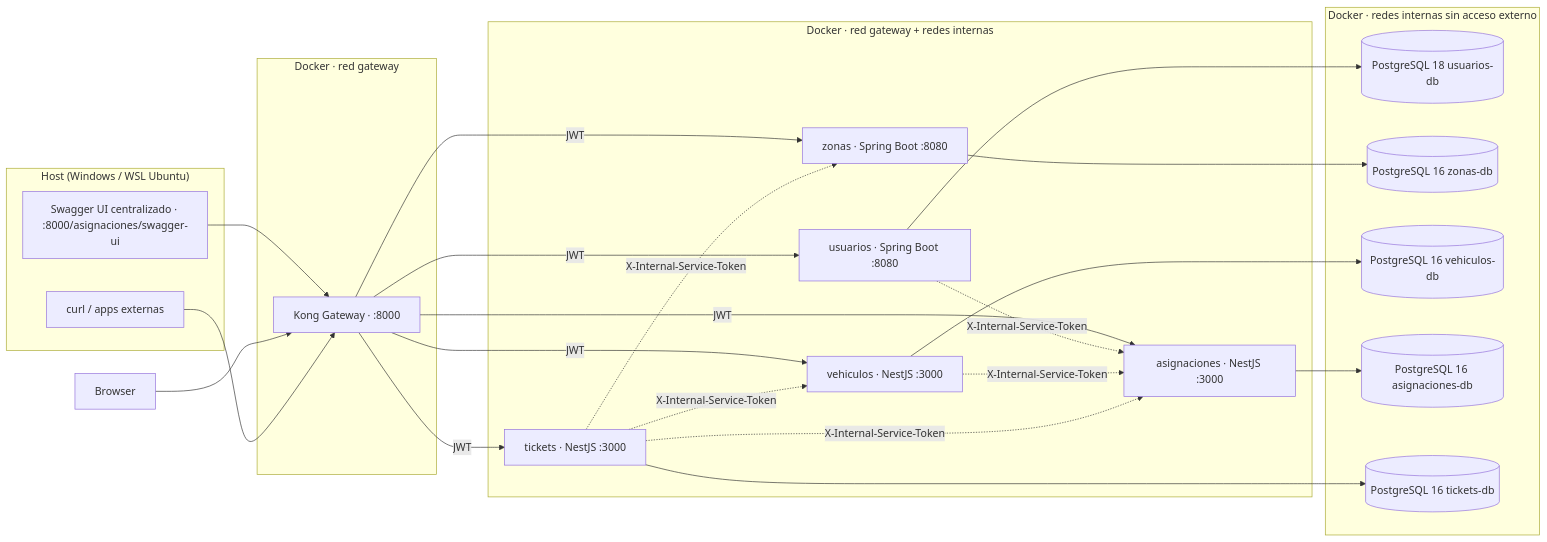
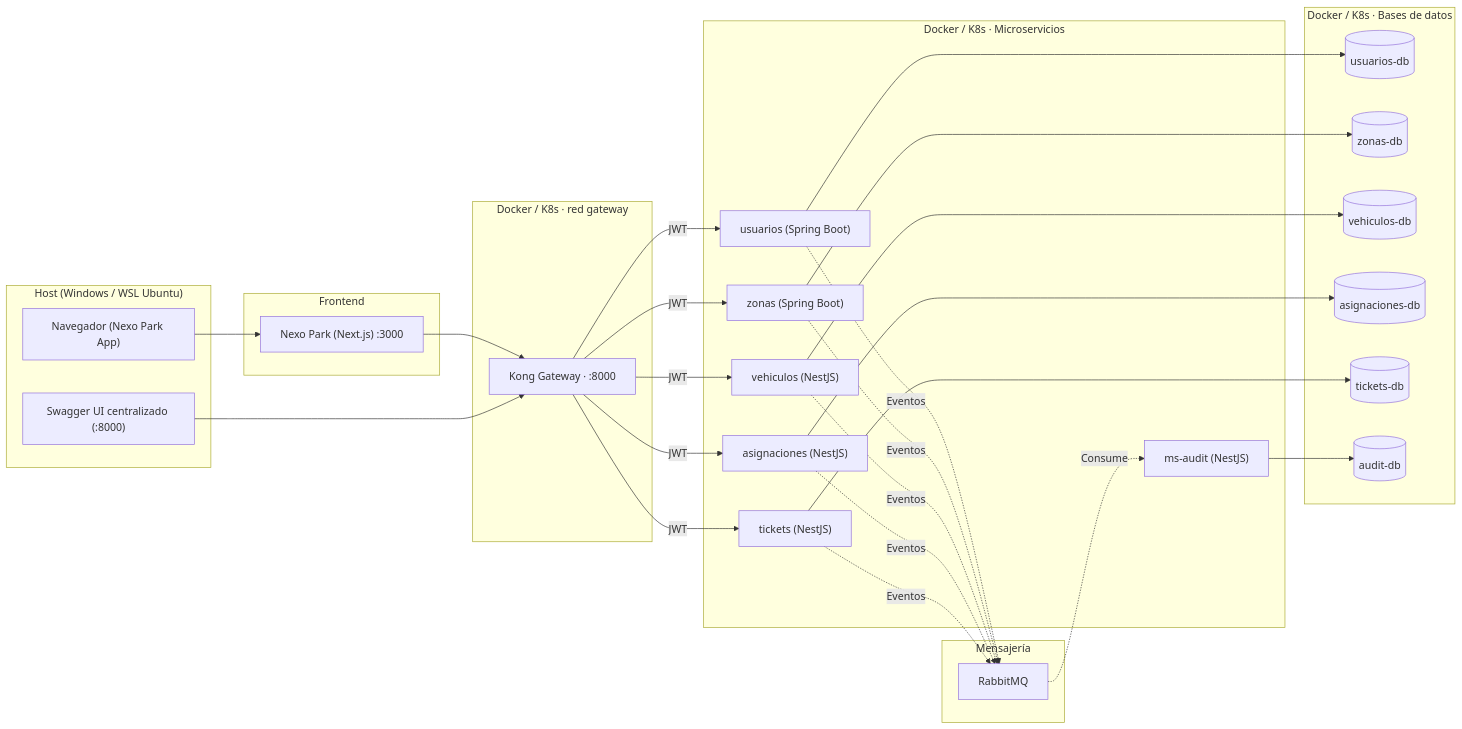
One commit to AMVMesias/Distribuidas-PC2 changed the first of 8 diagrams in README.md. Above: the diagram before and after it, drawn with Mermaid. The commit also changed other lines of this file and 1 other file, not shown here.

Commit message:
docs: update README with frontend, k8s, and event-driven architecture details and add project license

````diff
--- a/README.md
+++ b/README.md
@@ -73,46 +109,62 @@
 ```mermaid
 flowchart LR
     subgraph Host["Host (Windows / WSL Ubuntu)"]
-        Swagger["Swagger UI centralizado · :8000/asignaciones/swagger-ui"]
-        Curl["curl / apps externas"]
+        Browser["Navegador (Nexo Park App)"]
+        Swagger["Swagger UI centralizado (:8000)"]
     end
 
-    subgraph GW["Docker · red gateway"]
+    subgraph FE["Frontend"]
+        NextJS["Nexo Park (Next.js) :3000"]
+    end
+
+    subgraph GW["Docker / K8s · red gateway"]
         Kong["Kong Gateway · :8000"]
     end
 
-    subgraph BE["Docker · red gateway + redes internas"]
-        Usuarios["usuarios · Spring Boot :8080"]
-        Zonas["zonas · Spring Boot :8080"]
-        Vehiculos["vehiculos · NestJS :3000"]
-        Asignaciones["asignaciones · NestJS :3000"]
-        Tickets["tickets · NestJS :3000"]
+    subgraph BE["Docker / K8s · Microservicios"]
+        Usuarios["usuarios (Spring Boot)"]
+        Zonas["zonas (Spring Boot)"]
+        Vehiculos["vehiculos (NestJS)"]
+        Asignaciones["asignaciones (NestJS)"]
+        Tickets["tickets (NestJS)"]
+        Audit["ms-audit (NestJS)"]
+    end
+    
+    subgraph MSG["Mensajería"]
+        RabbitMQ["RabbitMQ"]
     end
 
-    subgraph DB["Docker · redes internas sin acceso externo"]
-        DbU[("PostgreSQL 18 usuarios-db")]
-        DbZ[("PostgreSQL 16 zonas-db")]
-        DbV[("PostgreSQL 16 vehiculos-db")]
-        DbA[("PostgreSQL 16 asignaciones-db")]
-        DbT[("PostgreSQL 16 tickets-db")]
+    subgraph DB["Docker / K8s · Bases de datos"]
+        DbU[("usuarios-db")]
+        DbZ[("zonas-db")]
+        DbV[("vehiculos-db")]
+        DbA[("asignaciones-db")]
+        DbT[("tickets-db")]
+        DbAu[("audit-db")]
     end
 
+    Browser --> NextJS
+    NextJS --> Kong
     Swagger --> Kong
-    Browser --> Kong
-    Curl --> Kong
+    
     Kong -->|JWT| Usuarios
     Kong -->|JWT| Zonas
     Kong -->|JWT| Vehiculos
     Kong -->|JWT| Asignaciones
     Kong -->|JWT| Tickets
-    Usuarios -.->|X-Internal-Service-Token| Asignaciones
-    Vehiculos -.->|X-Internal-Service-Token| Asignaciones
-    Tickets -.->|X-Internal-Service-Token| Vehiculos
-    Tickets -.->|X-Internal-Service-Token| Asignaciones
-    Tickets -.->|X-Internal-Service-Token| Zonas
+    
+    Usuarios -.->|Eventos| RabbitMQ
+    Zonas -.->|Eventos| RabbitMQ
+    Vehiculos -.->|Eventos| RabbitMQ
+    Asignaciones -.->|Eventos| RabbitMQ
+    Tickets -.->|Eventos| RabbitMQ
+    
+    RabbitMQ -.->|Consume| Audit
+    
     Usuarios --> DbU
     Zonas --> DbZ
     Vehiculos --> DbV
     Asignaciones --> DbA
     Tickets --> DbT
+    Audit --> DbAu
 ```
````
